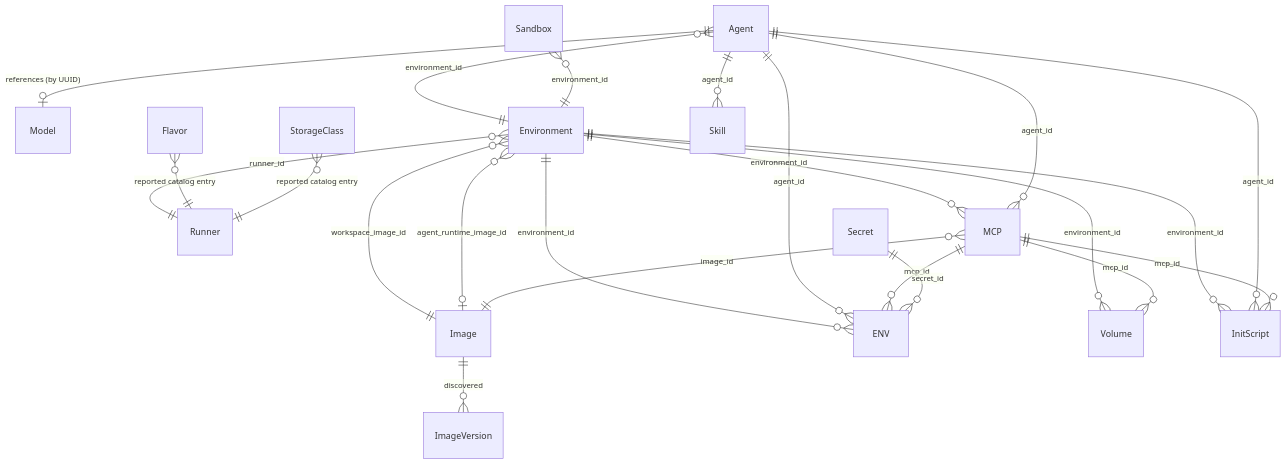
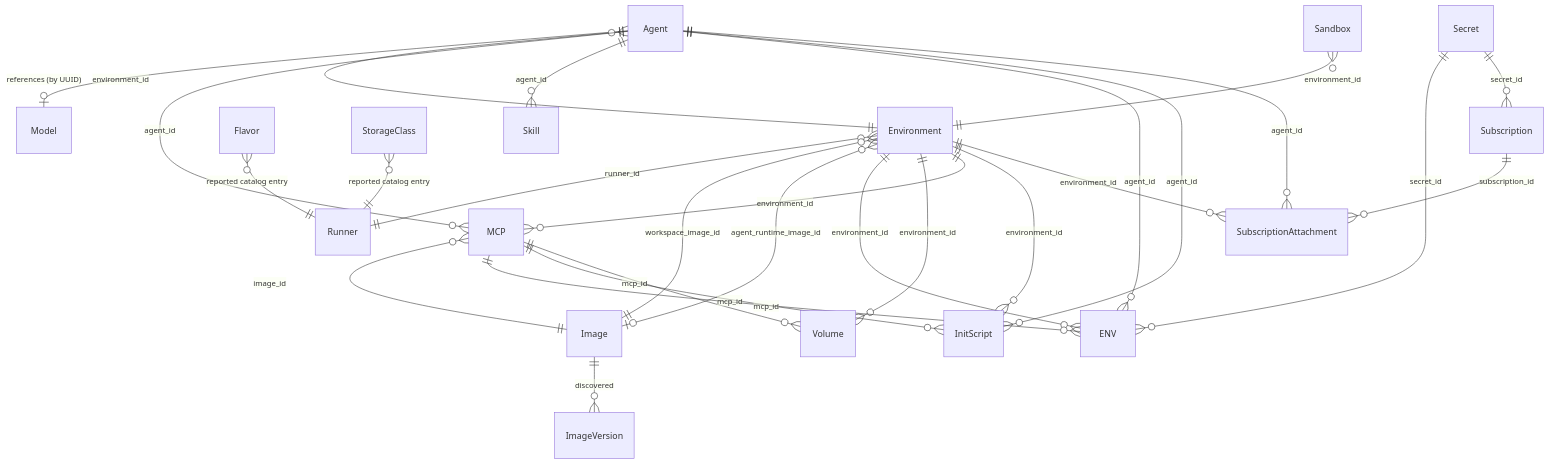
The diagram in architecture/resource-definitions.md (agynio/architecture), drawn with Mermaid before and after one commit. The commit also changed other lines of this file and 13 other files, not shown here.

````diff
--- a/architecture/resource-definitions.md
+++ b/architecture/resource-definitions.md
@@ -22,29 +22,34 @@
 ```mermaid
 erDiagram
     Agent ||--o| Model : "references (by UUID)"
     Agent }o--|| Environment : "environment_id"
     Sandbox }o--|| Environment : "environment_id"
     Environment }o--|| Runner : "runner_id"
     Environment }o--|| Image : "workspace_image_id"
     Environment }o--o| Image : "agent_runtime_image_id"
     MCP }o--|| Image : "image_id"
     Image ||--o{ ImageVersion : "discovered"
     Flavor }o--|| Runner : "reported catalog entry"
     StorageClass }o--|| Runner : "reported catalog entry"
 
     Environment ||--o{ ENV : "environment_id"
     Environment ||--o{ Volume : "environment_id"
     Environment ||--o{ MCP : "environment_id"
     Environment ||--o{ InitScript : "environment_id"
 
     Agent ||--o{ MCP : "agent_id"
     Agent ||--o{ Skill : "agent_id"
     Agent ||--o{ ENV : "agent_id"
     Agent ||--o{ InitScript : "agent_id"
 
     MCP ||--o{ ENV : "mcp_id"
     MCP ||--o{ InitScript : "mcp_id"
     MCP ||--o{ Volume : "mcp_id"
 
+    Environment ||--o{ SubscriptionAttachment : "environment_id"
+    Agent ||--o{ SubscriptionAttachment : "agent_id"
+    Subscription ||--o{ SubscriptionAttachment : "subscription_id"
+
     Secret ||--o{ ENV : "secret_id"
+    Secret ||--o{ Subscription : "secret_id"
 ```
````
